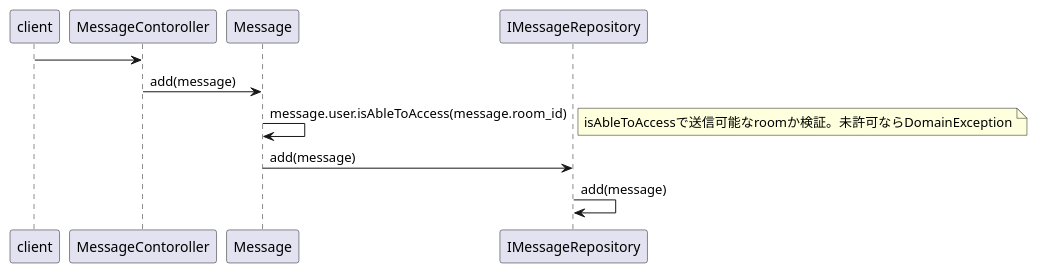
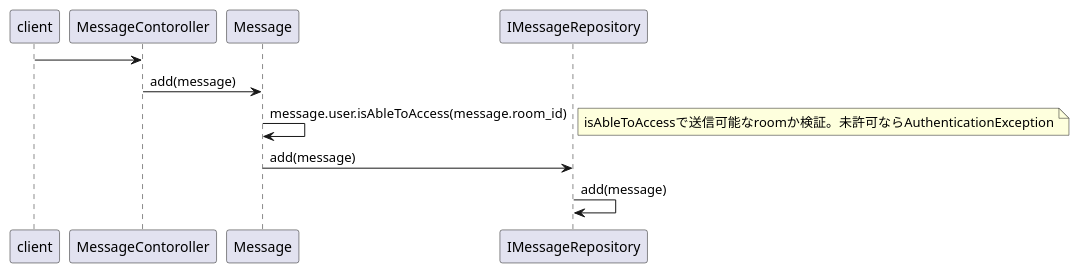
Before and after one commit to TOnodera/chatterman: the diagram in documents/plantUML/シーケンス図/メッセージ送信.wsd, drawn with PlantUML. The commit also changed 17 other files, not shown here.

```diff
--- a/documents/plantUML/シーケンス図/メッセージ送信.wsd
+++ b/documents/plantUML/シーケンス図/メッセージ送信.wsd
@@ -1,8 +1,8 @@
 @startuml
 client -> MessageContoroller
 MessageContoroller -> Message:add(message)
 Message -> Message:message.user.isAbleToAccess(message.room_id)
-note right:isAbleToAccessで送信可能なroomか検証。未許可ならDomainException
+note right:isAbleToAccessで送信可能なroomか検証。未許可ならAuthenticationException
 Message -> IMessageRepository:add(message)
 IMessageRepository -> IMessageRepository: add(message)
 @enduml
```
